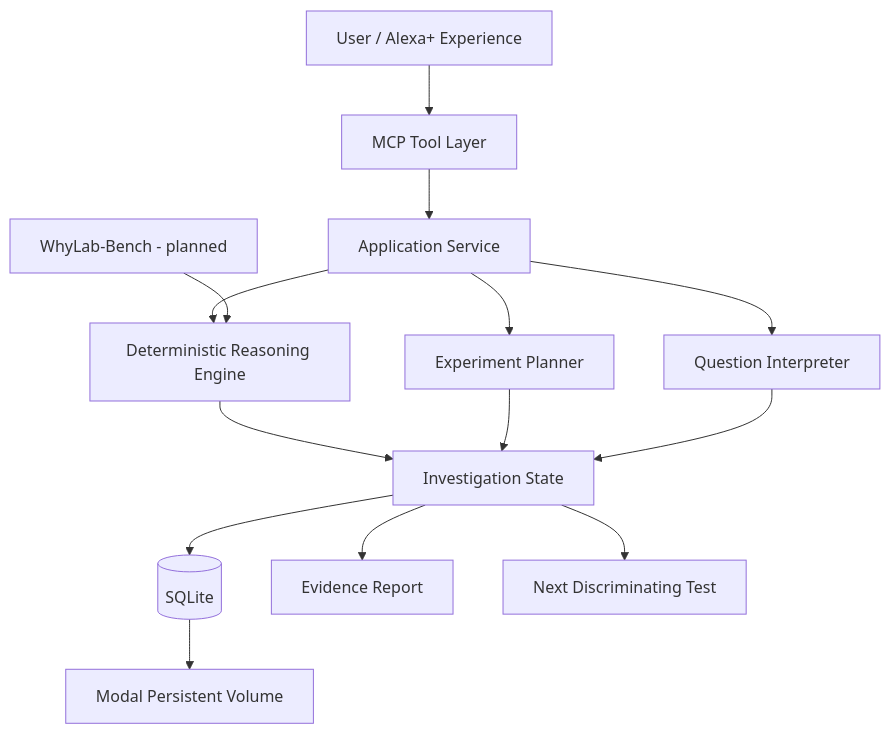
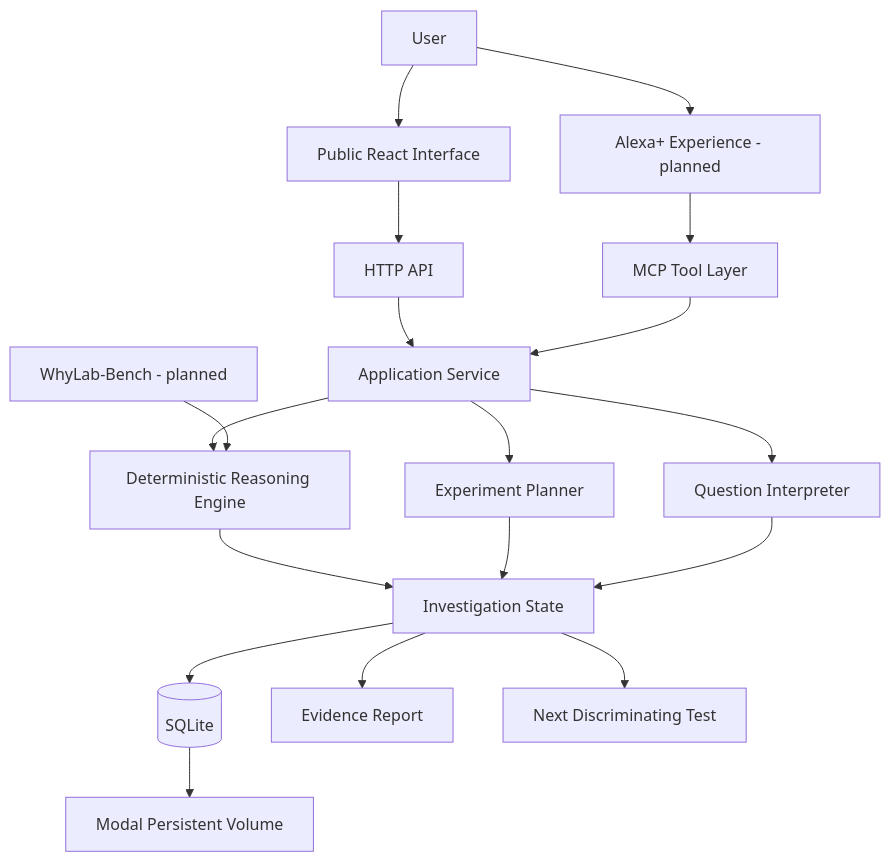
The diagram in README.md (Grolds-Code/WhyLab), drawn with Mermaid before and after one commit. The commit also changed other lines of this file, not shown here.

````diff
--- a/README.md
+++ b/README.md
@@ -183,21 +189,26 @@
 ```mermaid
 flowchart TD
-    U[User / Alexa+ Experience] --> M[MCP Tool Layer]
+    U[User] --> W[Public React Interface]
+    U --> X[Alexa+ Experience - planned]
 
+    W --> H[HTTP API]
+    X --> M[MCP Tool Layer]
+
+    H --> A[Application Service]
     M --> A[Application Service]
     A --> I[Question Interpreter]
     A --> R[Deterministic Reasoning Engine]
     A --> P[Experiment Planner]
 
     R --> S[Investigation State]
     P --> S
     I --> S
 
     S --> DB[(SQLite)]
     DB --> V[Modal Persistent Volume]
 
     S --> E[Evidence Report]
     S --> N[Next Discriminating Test]
 
     B[WhyLab-Bench - planned] --> R
 ```
````
